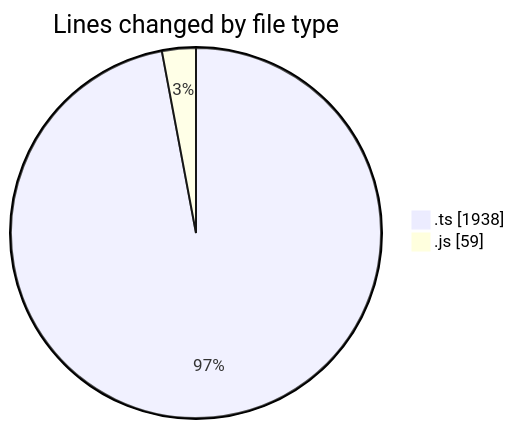
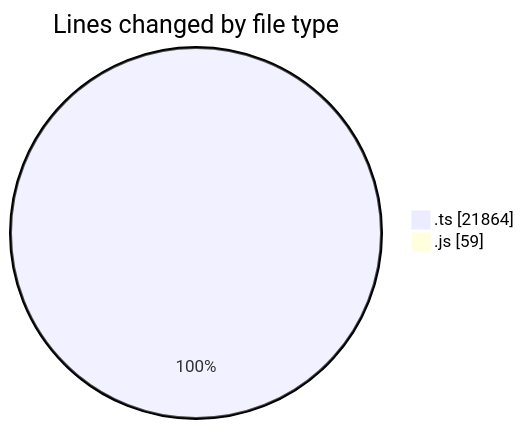
One commit to momahboobian/code-tracking changed the first of 2 diagrams in 2026-11-03/cda/README.md. Above: the diagram before and after it, drawn with Mermaid. The commit also changed other lines of this file and 1 other file, not shown here.

````diff
--- a/2026-11-03/cda/README.md
+++ b/2026-11-03/cda/README.md
@@ -31,6 +35,6 @@
 ```mermaid
 pie showData
 title Lines changed by file type
-".ts" : 1938
+".ts" : 21864
 ".js" : 59
 ```
````
